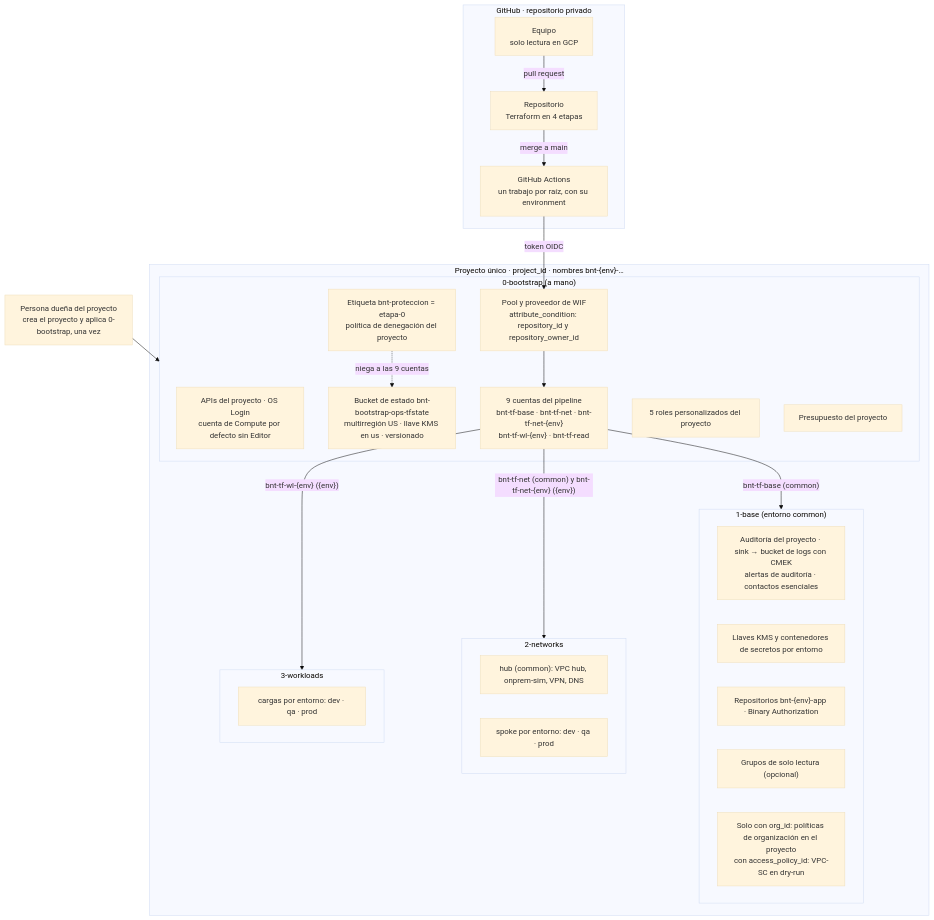
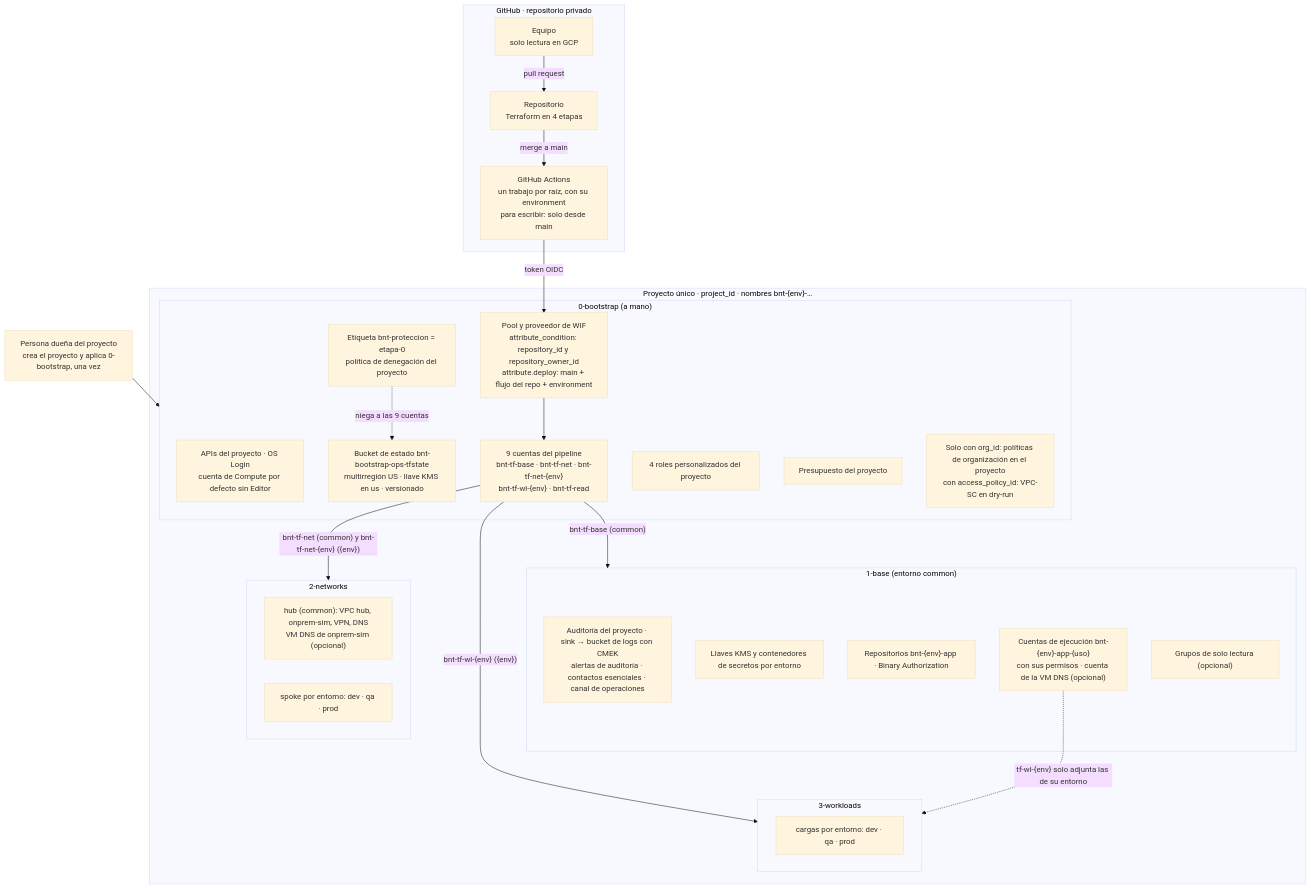
Before and after one commit to jadrianlg16/reto-banorte-gcp-terraform: the diagram in gcp-datacenter/docs/diagramas/01-organizacion-gobierno-acceso.md, drawn with Mermaid (base theme). The commit also changed other lines of this file and 28 other files, not shown here.

Commit message:
R3 conciliación: README, pruebas, políticas y módulos con el código final; diagramas 02, 04 y 05 regenerados (VM DNS, cuentas de ejecución de 1-base, WIF desde main); plan de rediseño con R0 a R3 hechos y 131 marcadores

````diff
--- a/gcp-datacenter/docs/diagramas/01-organizacion-gobierno-acceso.md
+++ b/gcp-datacenter/docs/diagramas/01-organizacion-gobierno-acceso.md
@@ -13,44 +13,46 @@
 ```mermaid
 flowchart TB
   subgraph GH["GitHub · repositorio privado"]
     team["Equipo<br/>solo lectura en GCP"]
     repo["Repositorio<br/>Terraform en 4 etapas"]
-    gha["GitHub Actions<br/>un trabajo por raíz, con su environment"]
+    gha["GitHub Actions<br/>un trabajo por raíz, con su environment<br/>para escribir: solo desde main"]
     team -- "pull request" --> repo -- "merge a main" --> gha
   end
 
   owner["Persona dueña del proyecto<br/>crea el proyecto y aplica 0-bootstrap, una vez"]
 
   subgraph P["Proyecto único · project_id · nombres bnt-{env}-…"]
     subgraph B0["0-bootstrap (a mano)"]
       apis["APIs del proyecto · OS Login<br/>cuenta de Compute por defecto sin Editor"]
       state["Bucket de estado bnt-bootstrap-ops-tfstate<br/>multirregión US · llave KMS en us · versionado"]
-      wif["Pool y proveedor de WIF<br/>attribute_condition: repository_id y repository_owner_id"]
+      wif["Pool y proveedor de WIF<br/>attribute_condition: repository_id y repository_owner_id<br/>attribute.deploy: main + flujo del repo + environment"]
       sas["9 cuentas del pipeline<br/>bnt-tf-base · bnt-tf-net · bnt-tf-net-{env}<br/>bnt-tf-wl-{env} · bnt-tf-read"]
-      roles["5 roles personalizados del proyecto"]
+      roles["4 roles personalizados del proyecto"]
       deny["Etiqueta bnt-proteccion = etapa-0<br/>política de denegación del proyecto"]
       budget["Presupuesto del proyecto"]
+      orgc["Solo con org_id: políticas de organización en el proyecto<br/>con access_policy_id: VPC-SC en dry-run"]
     end
     subgraph B1["1-base (entorno common)"]
-      audit["Auditoría del proyecto · sink → bucket de logs con CMEK<br/>alertas de auditoría · contactos esenciales"]
+      audit["Auditoría del proyecto · sink → bucket de logs con CMEK<br/>alertas de auditoría · contactos esenciales · canal de operaciones"]
       keys["Llaves KMS y contenedores de secretos por entorno"]
       img["Repositorios bnt-{env}-app · Binary Authorization"]
+      runsa["Cuentas de ejecución bnt-{env}-app-{uso}<br/>con sus permisos · cuenta de la VM DNS (opcional)"]
       people["Grupos de solo lectura (opcional)"]
-      orgc["Solo con org_id: políticas de organización en el proyecto<br/>con access_policy_id: VPC-SC en dry-run"]
     end
     subgraph N2["2-networks"]
-      hub["hub (common): VPC hub, onprem-sim, VPN, DNS"]
+      hub["hub (common): VPC hub, onprem-sim, VPN, DNS<br/>VM DNS de onprem-sim (opcional)"]
       spk["spoke por entorno: dev · qa · prod"]
     end
     subgraph W3["3-workloads"]
       wl["cargas por entorno: dev · qa · prod"]
     end
   end
 
   owner --> B0
   gha -- "token OIDC" --> wif --> sas
   sas -- "bnt-tf-base (common)" --> B1
   sas -- "bnt-tf-net (common) y bnt-tf-net-{env} ({env})" --> N2
   sas -- "bnt-tf-wl-{env} ({env})" --> W3
+  runsa -. "tf-wl-{env} solo adjunta las de su entorno" .-> W3
   deny -. "niega a las 9 cuentas" .-> state
 ```
````
